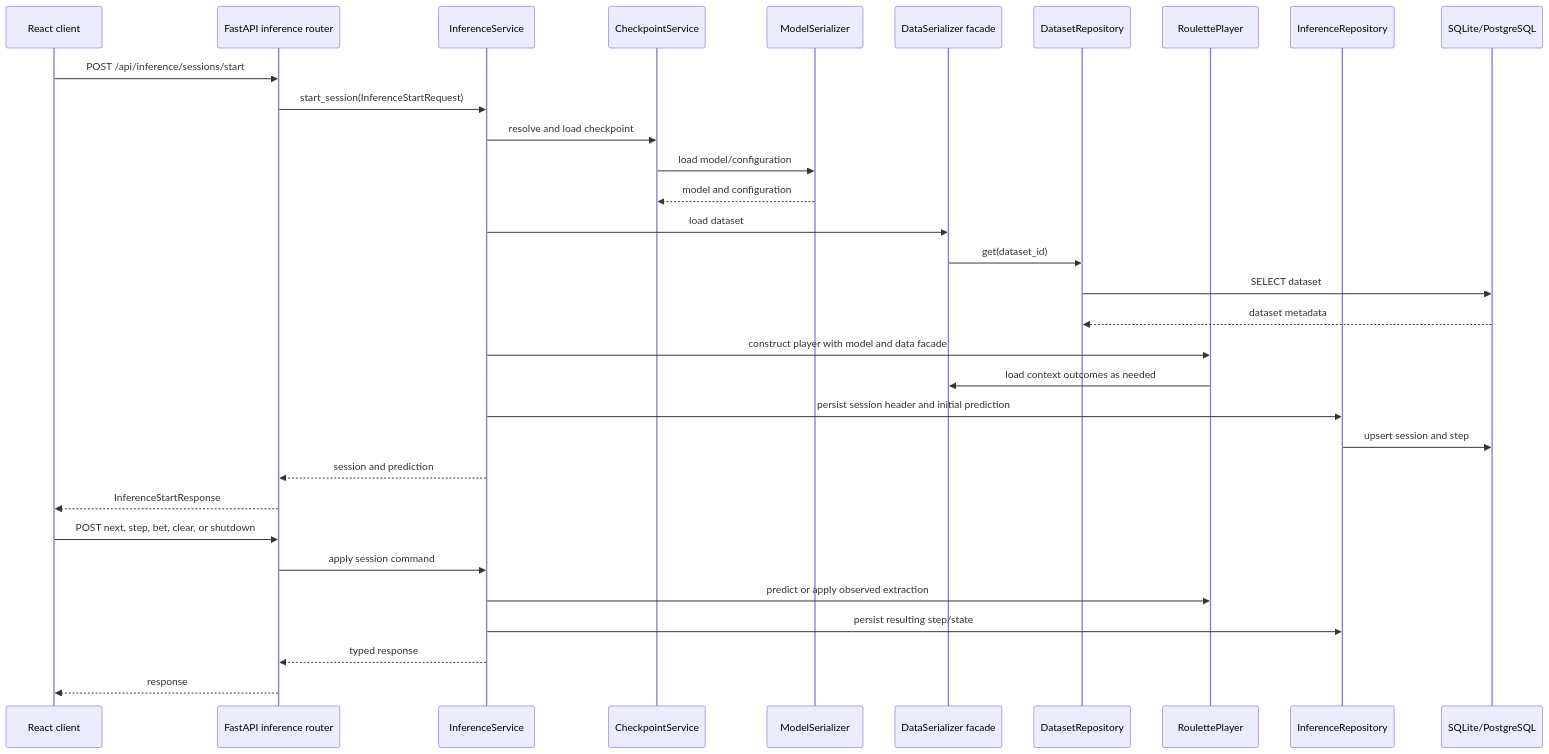
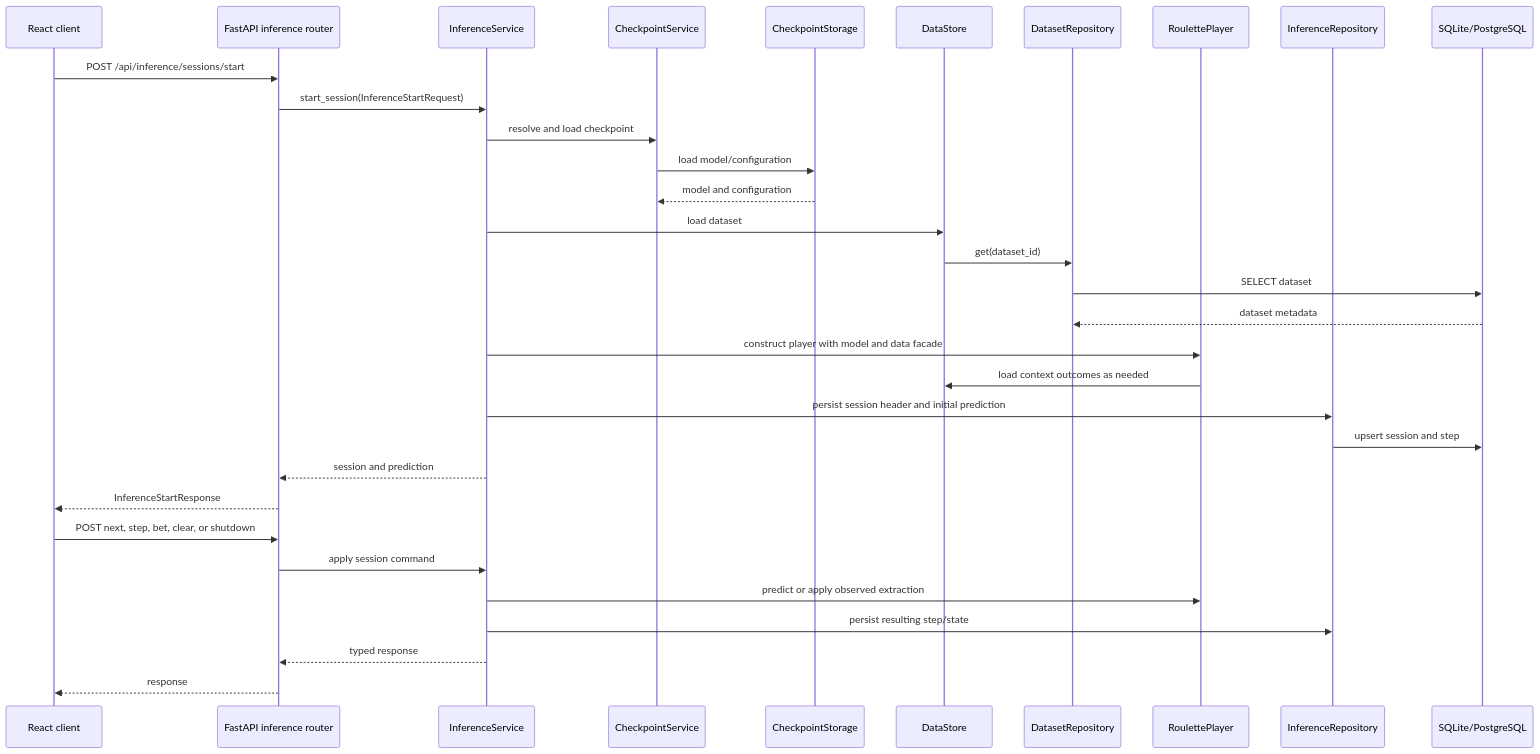
The fourth of 5 diagrams in assets/docs/architecture/execution_and_data_flow.md (CTCycle/FAIRS-Roulette-Player), drawn with Mermaid before and after one commit. The commit also changed other lines of this file and 50 other files, not shown here.

Commit message:
refactor: remediate architecture findings

````diff
--- a/assets/docs/architecture/execution_and_data_flow.md
+++ b/assets/docs/architecture/execution_and_data_flow.md
@@ -154,35 +155,35 @@
 ```mermaid
 sequenceDiagram
     participant Client as React client
     participant API as FastAPI inference router
     participant Service as InferenceService
     participant Checkpoint as CheckpointService
-    participant Model as ModelSerializer
-    participant Data as DataSerializer facade
+    participant Model as CheckpointStorage
+    participant Data as DataStore
     participant Dataset as DatasetRepository
     participant Player as RoulettePlayer
     participant Repo as InferenceRepository
     participant DB as SQLite/PostgreSQL
 
     Client->>API: POST /api/inference/sessions/start
     API->>Service: start_session(InferenceStartRequest)
     Service->>Checkpoint: resolve and load checkpoint
     Checkpoint->>Model: load model/configuration
     Model-->>Checkpoint: model and configuration
     Service->>Data: load dataset
     Data->>Dataset: get(dataset_id)
     Dataset->>DB: SELECT dataset
     DB-->>Dataset: dataset metadata
     Service->>Player: construct player with model and data facade
     Player->>Data: load context outcomes as needed
     Service->>Repo: persist session header and initial prediction
     Repo->>DB: upsert session and step
     Service-->>API: session and prediction
     API-->>Client: InferenceStartResponse
     Client->>API: POST next, step, bet, clear, or shutdown
     API->>Service: apply session command
     Service->>Player: predict or apply observed extraction
     Service->>Repo: persist resulting step/state
     Service-->>API: typed response
     API-->>Client: response
 ```
````
